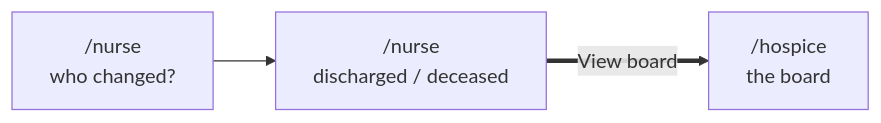
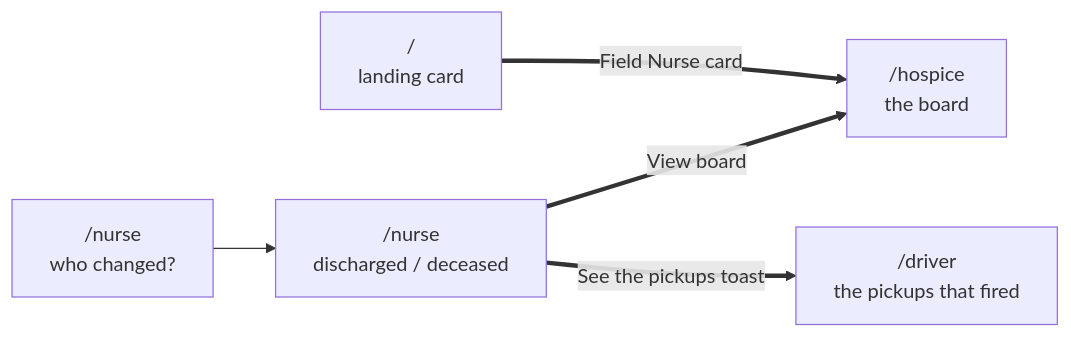
One commit to kr3wangel/betterrx-hackathon-2026 changed the fifth of 6 diagrams in docs/UX-FLOWS.md. Above: the diagram before and after it, drawn with Mermaid. The commit also changed other lines of this file and 9 other files, not shown here.

````diff
--- a/docs/UX-FLOWS.md
+++ b/docs/UX-FLOWS.md
@@ -238,8 +284,12 @@
 ```mermaid
 graph LR
+  L["/<br/>landing card"]
   A["/nurse<br/>who changed?"]
   B["/nurse<br/>discharged / deceased"]
   C["/hospice<br/>the board"]
+  D["/driver<br/>the pickups that fired"]
+  L ==>|"Field Nurse card"| C
   A --> B
   B ==>|"View board"| C
+  B ==>|"See the pickups toast"| D
 ```
````
